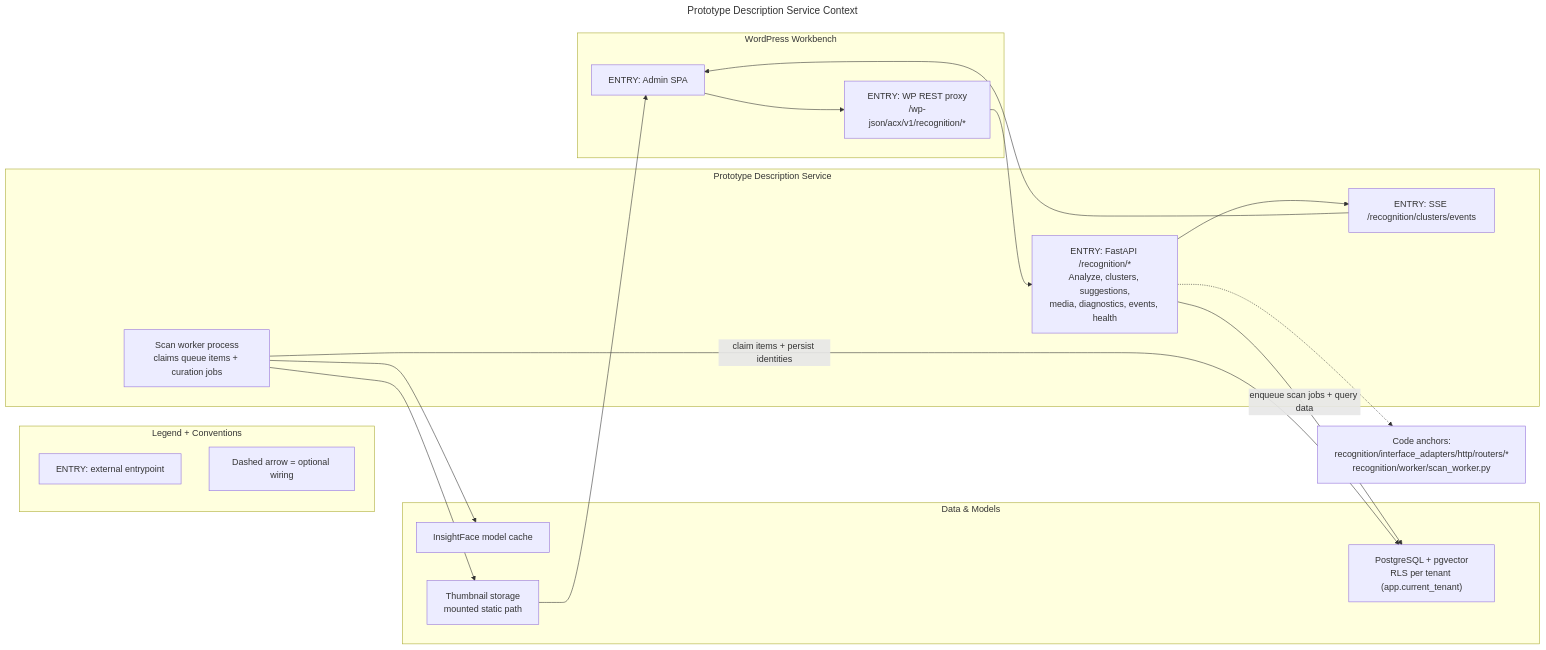
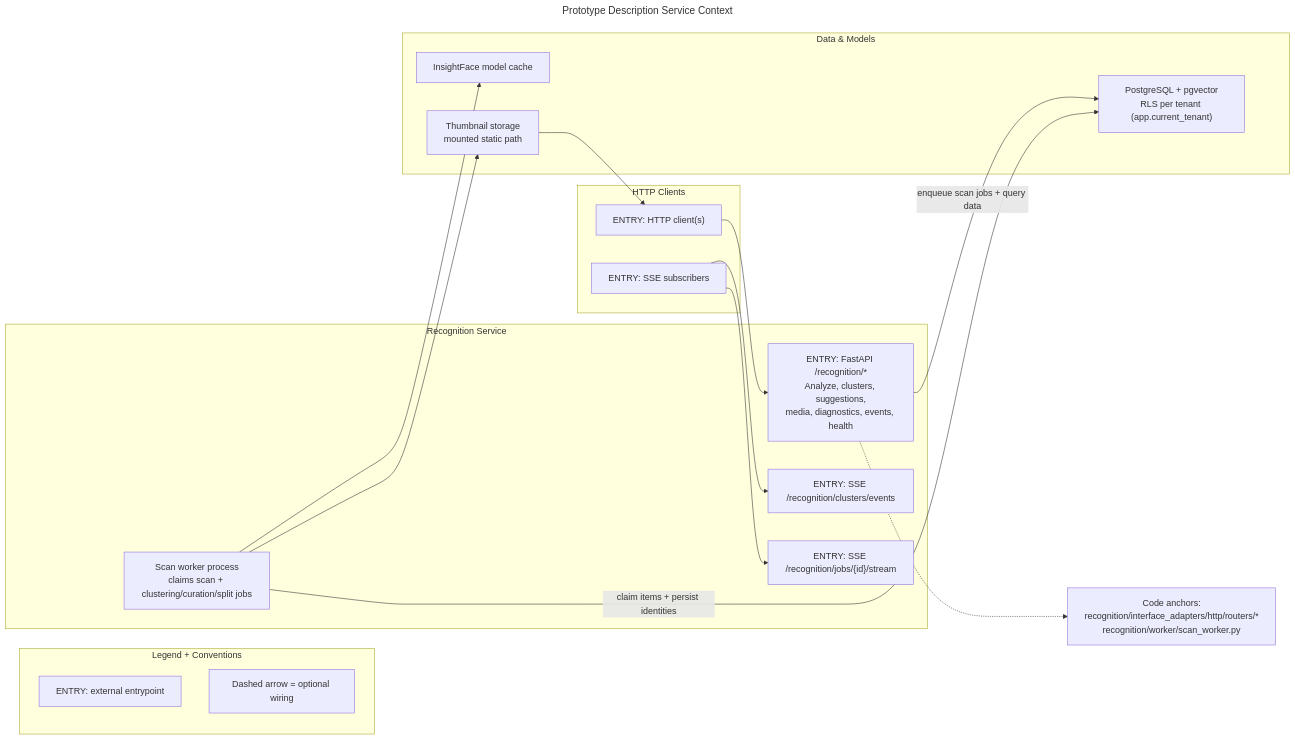
Before and after one commit to darce/context-alt-text-monorepo: the diagram in docs/agentic/diagrams/backend-uml/context.mmd, drawn with Mermaid. The commit also changed 33 other files, not shown here.

Commit message:
docs: refresh agentic diagrams and clustering docs

```diff
--- a/docs/agentic/diagrams/backend-uml/context.mmd
+++ b/docs/agentic/diagrams/backend-uml/context.mmd
@@ -1,38 +1,40 @@
 ---
 title: Prototype Description Service Context
 ---
 flowchart LR
     subgraph Legend["Legend + Conventions"]
         direction TB
         LegendEntry["ENTRY: external entrypoint"]
         LegendOptional["Dashed arrow = optional wiring"]
     end
 
-    subgraph client["WordPress Workbench"]
-        wp_spa["ENTRY: Admin SPA"]
-        wp_proxy["ENTRY: WP REST proxy\n/wp-json/acx/v1/recognition/*"]
+    subgraph client["HTTP Clients"]
+        http_client["ENTRY: HTTP client(s)"]
+        sse_client["ENTRY: SSE subscribers"]
     end
 
-    subgraph service["Prototype Description Service"]
+    subgraph service["Recognition Service"]
         recognition_api["ENTRY: FastAPI /recognition/*\nAnalyze, clusters, suggestions,\nmedia, diagnostics, events, health"]
-        sse["ENTRY: SSE /recognition/clusters/events"]
-        scan_worker["Scan worker process\nclaims queue items + curation jobs"]
+        sse_clusters["ENTRY: SSE /recognition/clusters/events"]
+        sse_jobs["ENTRY: SSE /recognition/jobs/{id}/stream"]
+        scan_worker["Scan worker process\nclaims scan + clustering/curation/split jobs"]
     end
 
     subgraph data_plane["Data & Models"]
         postgres["PostgreSQL + pgvector\nRLS per tenant (app.current_tenant)"]
         model_weights["InsightFace model cache"]
         thumbnails["Thumbnail storage\nmounted static path"]
     end
 
-    wp_spa --> wp_proxy --> recognition_api
-    recognition_api --> sse --> wp_spa
+    http_client --> recognition_api
+    sse_client --> sse_clusters
+    sse_client --> sse_jobs
 
     recognition_api -->|enqueue scan jobs + query data| postgres
     scan_worker -->|claim items + persist identities| postgres
     scan_worker --> model_weights
     scan_worker --> thumbnails
-    thumbnails --> wp_spa
+    thumbnails --> http_client
 
     ApiCode["Code anchors:\nrecognition/interface_adapters/http/routers/*\nrecognition/worker/scan_worker.py"]
     recognition_api -.-> ApiCode
```
